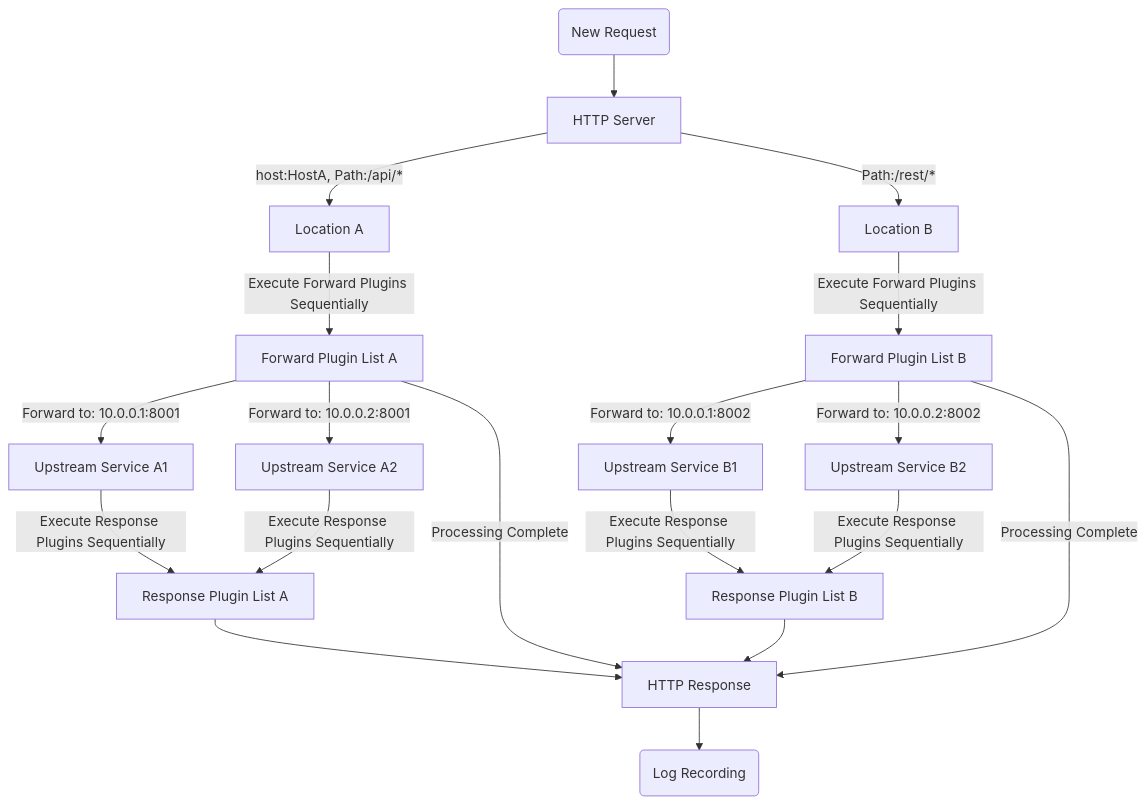
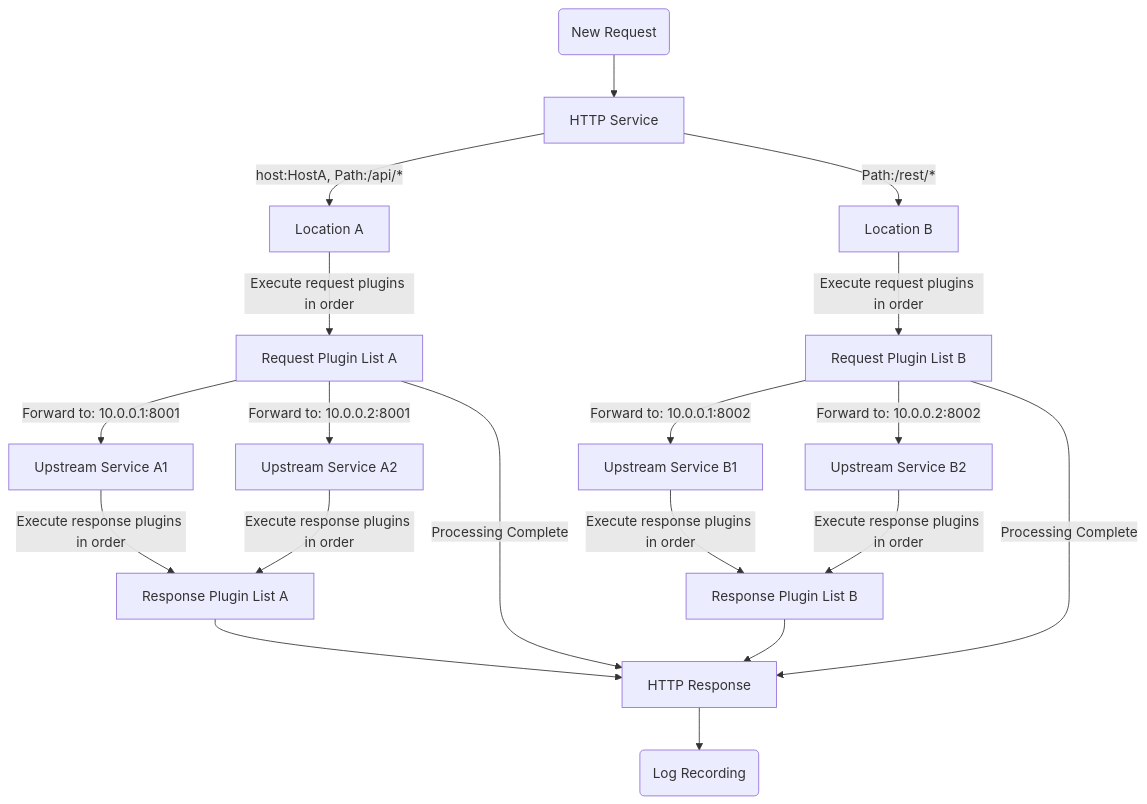
The diagram in pingap-en-src/docs/introduction.md (vicanso/vicanso.github.io), drawn with Mermaid before and after one commit. The commit also changed other lines of this file and 317 other files, not shown here.

````diff
--- a/pingap-en-src/docs/introduction.md
+++ b/pingap-en-src/docs/introduction.md
@@ -38,47 +63,47 @@
 ```mermaid
 graph TD;
-    server["HTTP Server"];
+    server["HTTP Service"];
     locationA["Location A"];
     locationB["Location B"];
-    locationPluginListA["Forward Plugin List A"];
-    locationPluginListB["Forward Plugin List B"];
+    locationPluginListA["Request Plugin List A"];
+    locationPluginListB["Request Plugin List B"];
     upstreamA1["Upstream Service A1"];
     upstreamA2["Upstream Service A2"];
     upstreamB1["Upstream Service B1"];
     upstreamB2["Upstream Service B2"];
     locationResponsePluginListA["Response Plugin List A"];
     locationResponsePluginListB["Response Plugin List B"];
 
     start("New Request") --> server
 
     server -- "host:HostA, Path:/api/*" --> locationA
 
     server -- "Path:/rest/*"--> locationB
 
-    locationA -- "Execute Forward Plugins Sequentially" --> locationPluginListA
+    locationA -- "Execute request plugins in order" --> locationPluginListA
 
-    locationB -- "Execute Forward Plugins Sequentially" --> locationPluginListB
+    locationB -- "Execute request plugins in order" --> locationPluginListB
 
     locationPluginListA -- "Forward to: 10.0.0.1:8001" --> upstreamA1
 
     locationPluginListA -- "Forward to: 10.0.0.2:8001" --> upstreamA2
 
     locationPluginListA -- "Processing Complete" --> response
 
     locationPluginListB -- "Forward to: 10.0.0.1:8002" --> upstreamB1
 
     locationPluginListB -- "Forward to: 10.0.0.2:8002" --> upstreamB2
 
     locationPluginListB -- "Processing Complete" --> response
 
-    upstreamA1 -- "Execute Response Plugins Sequentially" --> locationResponsePluginListA
-    upstreamA2 -- "Execute Response Plugins Sequentially" --> locationResponsePluginListA
+    upstreamA1 -- "Execute response plugins in order" --> locationResponsePluginListA
+    upstreamA2 -- "Execute response plugins in order" --> locationResponsePluginListA
 
-    upstreamB1 -- "Execute Response Plugins Sequentially" --> locationResponsePluginListB
-    upstreamB2 -- "Execute Response Plugins Sequentially" --> locationResponsePluginListB
+    upstreamB1 -- "Execute response plugins in order" --> locationResponsePluginListB
+    upstreamB2 -- "Execute response plugins in order" --> locationResponsePluginListB
 
     locationResponsePluginListA --> response
     locationResponsePluginListB --> response
 
     response["HTTP Response"] --> stop("Log Recording");
 ```
````
